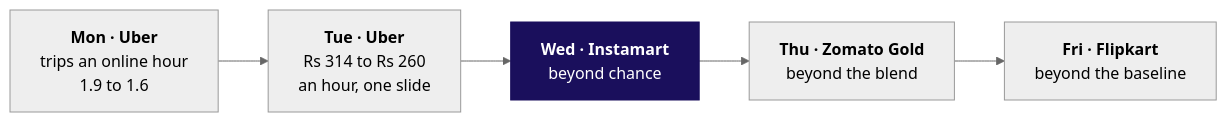
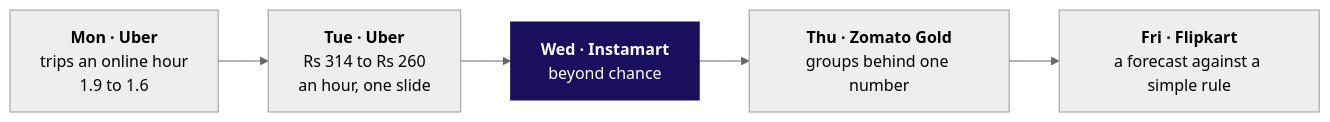
Before and after one commit to fde-academy-lab/c2-content-factory: the diagram in content/W04/D3/study-notes/C2_W04_D03_notes_STUDENT.md, drawn with Mermaid (neutral theme). The commit also changed other lines of this file and 20 other files, not shown here.

````diff
--- a/content/W04/D3/study-notes/C2_W04_D03_notes_STUDENT.md
+++ b/content/W04/D3/study-notes/C2_W04_D03_notes_STUDENT.md
@@ -30,9 +28,9 @@
 ```mermaid
 flowchart LR
     M["<b>Mon · Uber</b><br/>trips an online hour<br/>1.9 to 1.6"] --> T["<b>Tue · Uber</b><br/>Rs 314 to Rs 260<br/>an hour, one slide"]
     T --> W["<b>Wed · Instamart</b><br/>beyond chance"]
-    W --> H["<b>Thu · Zomato Gold</b><br/>beyond the blend"]
-    H --> F["<b>Fri · Flipkart</b><br/>beyond the baseline"]
+    W --> H["<b>Thu · Zomato Gold</b><br/>groups behind one number"]
+    H --> F["<b>Fri · Flipkart</b><br/>a forecast against a simple rule"]
     classDef lit fill:#1A0F5C,stroke:#1A0F5C,color:#FFFFFF
     class W lit
 ```
````
